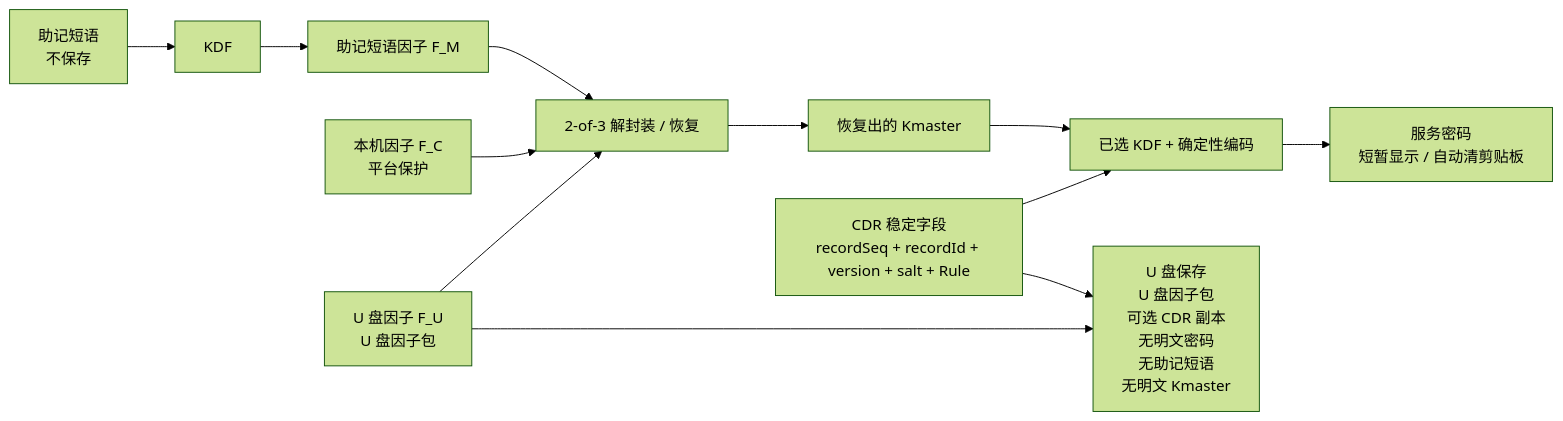
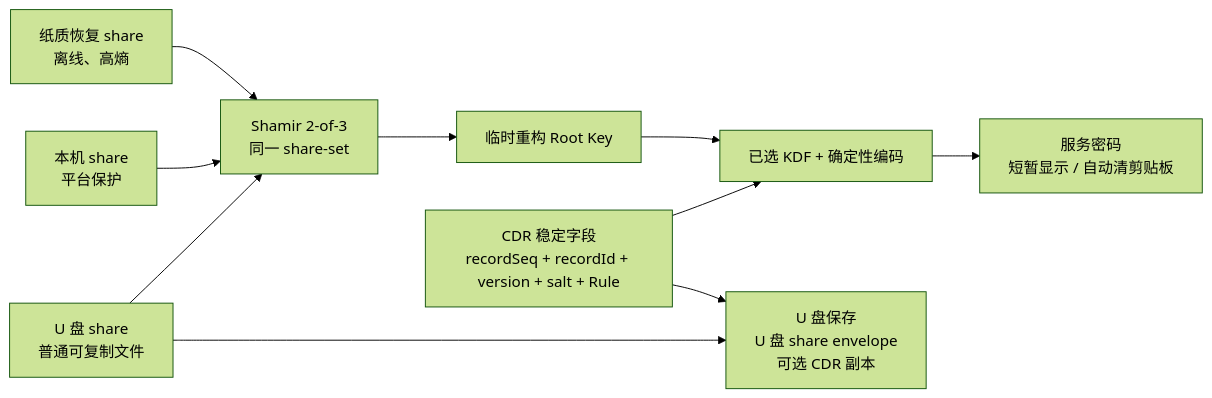
Before and after one commit to ferrarif1/KeyLessPass: the diagram in README.zh-CN.md, drawn with Mermaid (forest theme). The commit also changed other lines of this file and 276 other files, not shown here.

````diff
--- a/README.zh-CN.md
+++ b/README.zh-CN.md
@@ -117,14 +147,12 @@
 ```mermaid
 flowchart LR
-    M["助记短语<br/>不保存"] --> KDF["KDF"]
-    KDF --> FM["助记短语因子 F_M"]
-    FC["本机因子 F_C<br/>平台保护"] --> R["2-of-3 解封装 / 恢复"]
-    FM --> R
-    FU["U 盘因子 F_U<br/>U 盘因子包"] --> R
-    R --> KM["恢复出的 Kmaster"]
+    M["纸质恢复 share<br/>离线、高熵"] --> R["Shamir 2-of-3<br/>同一 share-set"]
+    FC["本机 share<br/>平台保护"] --> R
+    FU["U 盘 share<br/>普通可复制文件"] --> R
+    R --> KM["临时重构 Root Key"]
     KM --> D["已选 KDF + 确定性编码"]
     C["CDR 稳定字段<br/>recordSeq + recordId + version + salt + Rule"] --> D
     D --> P["服务密码<br/>短暂显示 / 自动清剪贴板"]
-    FU --> U["U 盘保存<br/>U 盘因子包<br/>可选 CDR 副本<br/>无明文密码<br/>无助记短语<br/>无明文 Kmaster"]
+    FU --> U["U 盘保存<br/>U 盘 share envelope<br/>可选 CDR 副本"]
     C --> U
 ```
````
